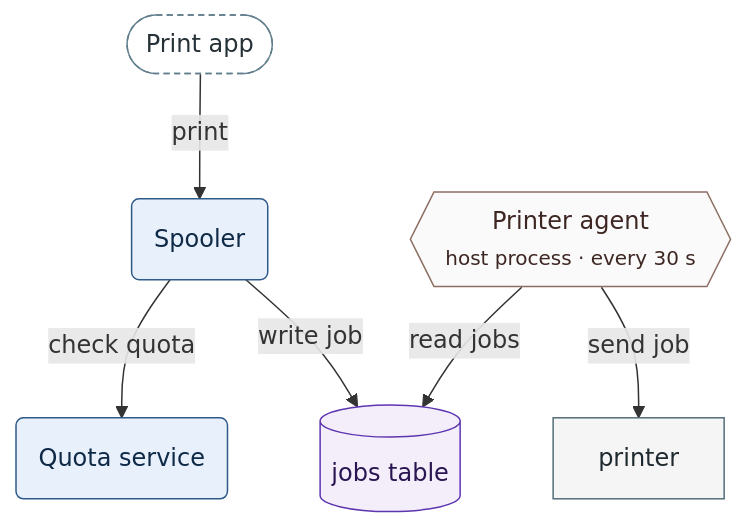
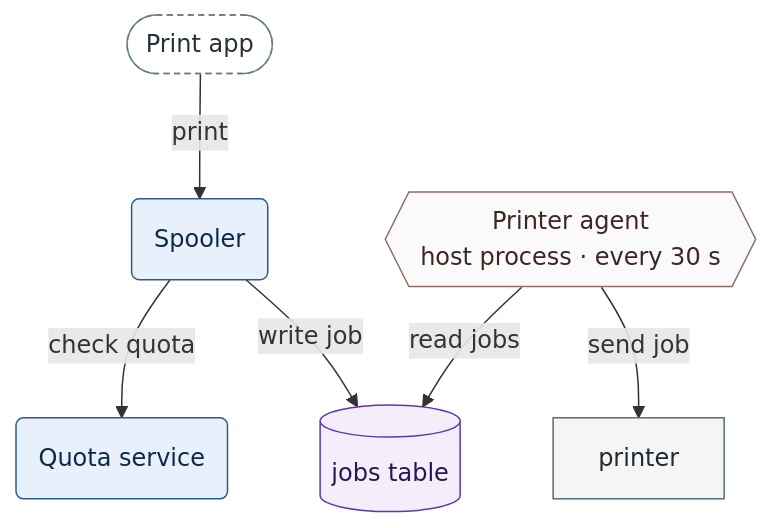
One commit to MatrixFounder/Agentic-development changed the diagram in .agent/skills/mermaid-authoring-guidelines/references/review-checklist.md. Above: the diagram before and after it, drawn with Mermaid. The commit also changed other lines of this file and 41 other files, not shown here.

````diff
--- a/.agent/skills/mermaid-authoring-guidelines/references/review-checklist.md
+++ b/.agent/skills/mermaid-authoring-guidelines/references/review-checklist.md
@@ -423,27 +424,27 @@
 ```mermaid
-%%{init: {"layout": "dagre", "look": "classic", "flowchart": {"nodeSpacing": 45, "rankSpacing": 55, "wrappingWidth": 400}}}%%
+%%{init: {"layout": "dagre", "look": "classic", "flowchart": {"nodeSpacing": 45, "rankSpacing": 55, "wrappingWidth": 400}, "themeCSS": "foreignObject { overflow: visible; }"}}%%
 flowchart TB
   accTitle: Print path
   accDescr: Every interaction that this section states.
   APP(["Print app"])
   SPOOL("Spooler")
   QUOTA("Quota service")
   JOBS[("jobs table")]
-  AGENT{{"Printer agent<br/><small>host process · every 30 s</small>"}}
+  AGENT{{"Printer agent<br/>host process · every 30 s"}}
   PRN["printer"]
   APP -->|print| SPOOL
   SPOOL -->|"check quota"| QUOTA
   SPOOL -->|"write job"| JOBS
   AGENT -->|"read jobs"| JOBS
   AGENT -->|"send job"| PRN
   class APP ext
   class SPOOL,QUOTA wf
   class JOBS db
   class AGENT infra
   class PRN svc
   classDef ext fill:#FFFFFF,stroke:#607D8B,color:#263238,stroke-dasharray:4 3
   classDef wf fill:#E8F0FB,stroke:#2E5A8A,color:#0F2A47
   classDef db fill:#F3EEF9,stroke:#5E35B1,color:#2A1653
   classDef svc fill:#F5F5F5,stroke:#546E7A,color:#1F2A30
   classDef infra fill:#FAFAFA,stroke:#8D6E63,color:#3E2723
 ```
````
